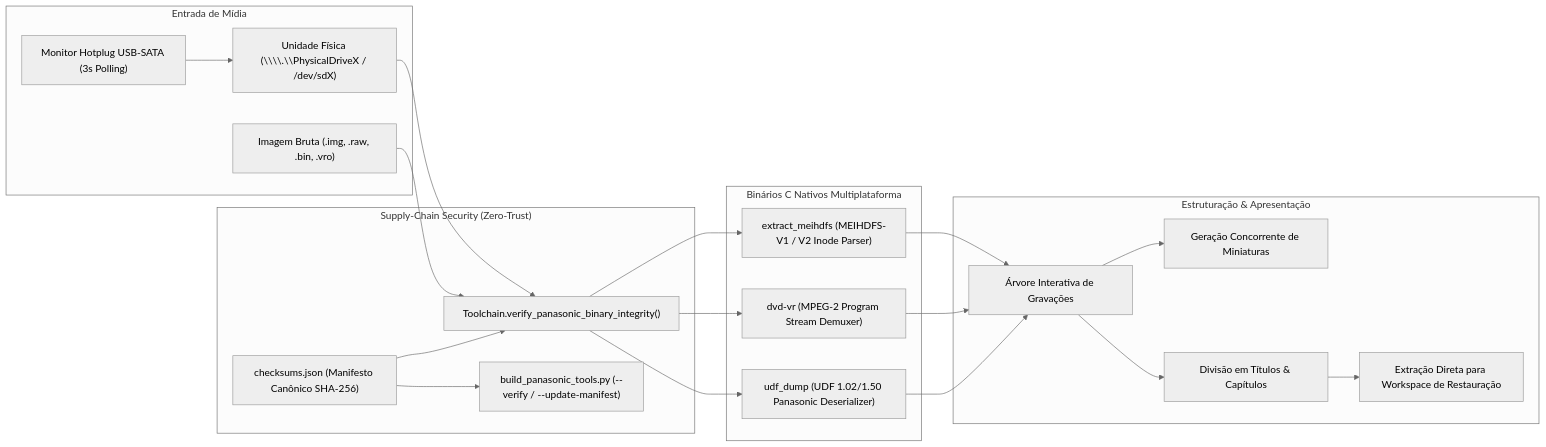
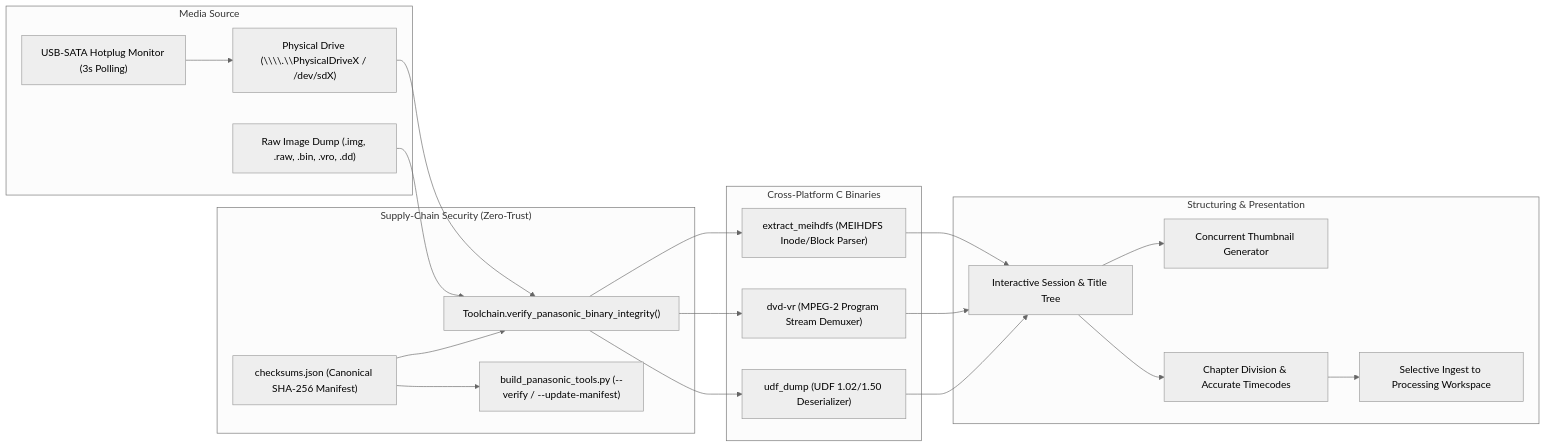
Before and after one commit to orgchrono/vhs-capture-scripts: the second of 3 diagrams in README.md, drawn with Mermaid (neutral theme). The commit also changed other lines of this file and 16 other files, not shown here.

````diff
--- a/README.md
+++ b/README.md
@@ -119,42 +148,42 @@
 ```mermaid
 flowchart LR
-    subgraph Entrada ["Entrada de Mídia"]
-        Physical["Unidade Física (\\\\.\\PhysicalDriveX / /dev/sdX)"]
-        RawDump["Imagem Bruta (.img, .raw, .bin, .vro)"]
-        Hotplug["Monitor Hotplug USB-SATA (3s Polling)"]
+    subgraph Input ["Media Source"]
+        Physical["Physical Drive (\\\\.\\PhysicalDriveX / /dev/sdX)"]
+        RawDump["Raw Image Dump (.img, .raw, .bin, .vro, .dd)"]
+        Hotplug["USB-SATA Hotplug Monitor (3s Polling)"]
     end
 
     subgraph Fixity ["Supply-Chain Security (Zero-Trust)"]
-        Manifest["checksums.json (Manifesto Canônico SHA-256)"]
+        Manifest["checksums.json (Canonical SHA-256 Manifest)"]
         ToolchainCheck["Toolchain.verify_panasonic_binary_integrity()"]
         BuildCheck["build_panasonic_tools.py (--verify / --update-manifest)"]
     end
 
-    subgraph BinariosC ["Binários C Nativos Multiplataforma"]
-        ExtractMeihdfs["extract_meihdfs (MEIHDFS-V1 / V2 Inode Parser)"]
+    subgraph NativeC ["Cross-Platform C Binaries"]
+        ExtractMeihdfs["extract_meihdfs (MEIHDFS Inode/Block Parser)"]
         DvdVr["dvd-vr (MPEG-2 Program Stream Demuxer)"]
-        UdfDump["udf_dump (UDF 1.02/1.50 Panasonic Deserializer)"]
+        UdfDump["udf_dump (UDF 1.02/1.50 Deserializer)"]
     end
 
-    subgraph Saida ["Estruturação & Apresentação"]
-        Tree["Árvore Interativa de Gravações"]
-        Thumbnails["Geração Concorrente de Miniaturas"]
-        Titles["Divisão em Títulos & Capítulos"]
-        BatchExport["Extração Direta para Workspace de Restauração"]
+    subgraph Output ["Structuring & Presentation"]
+        Tree["Interactive Session & Title Tree"]
+        Thumbnails["Concurrent Thumbnail Generator"]
+        Chapters["Chapter Division & Accurate Timecodes"]
+        BatchExport["Selective Ingest to Processing Workspace"]
     end
 
     Hotplug --> Physical
     Physical --> ToolchainCheck
     RawDump --> ToolchainCheck
     Manifest --> ToolchainCheck
     Manifest --> BuildCheck
     ToolchainCheck --> ExtractMeihdfs
     ToolchainCheck --> DvdVr
     ToolchainCheck --> UdfDump
     ExtractMeihdfs --> Tree
     DvdVr --> Tree
     UdfDump --> Tree
     Tree --> Thumbnails
-    Tree --> Titles
-    Titles --> BatchExport
+    Tree --> Chapters
+    Chapters --> BatchExport
 ```
````
